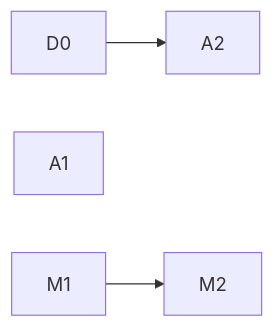
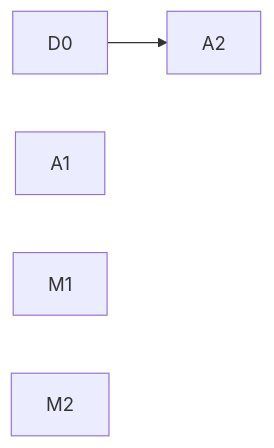
The diagram in docs/design/serving/control-reaction-plan.md (lab-paper-code/chill), drawn with Mermaid before and after one commit. The commit also changed other lines of this file, not shown here.

````diff
--- a/docs/design/serving/control-reaction-plan.md
+++ b/docs/design/serving/control-reaction-plan.md
@@ -88,6 +117,7 @@
 ```mermaid
 graph LR
   D0 --> A2
   A1
-  M1 --> M2
+  M1
+  M2
 ```
````
